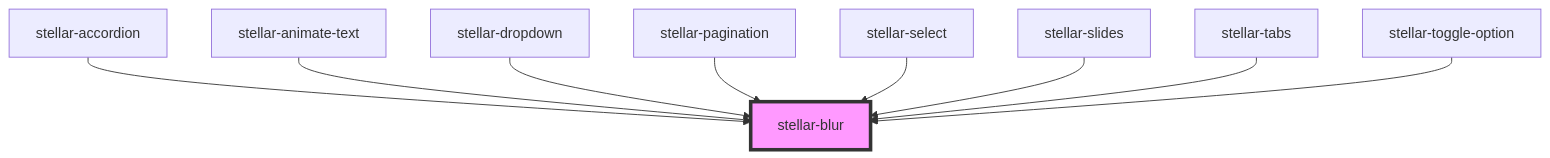
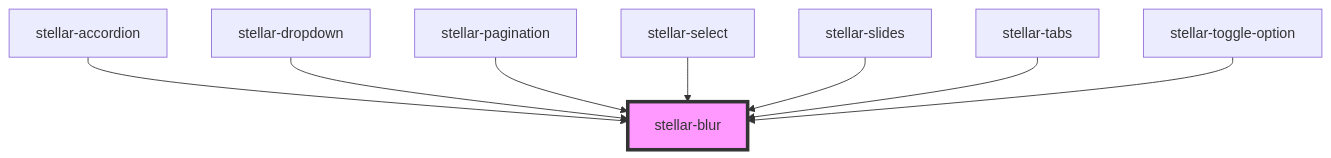
The diagram in src/components/motion/blur/readme.md (splitinfinities/Stellar), drawn with Mermaid before and after one commit. The commit also changed other lines of this file and 9 other files, not shown here.

Commit message:
feat: adding animate text component

````diff
--- a/src/components/motion/blur/readme.md
+++ b/src/components/motion/blur/readme.md
@@ -70,12 +69,11 @@
 ```mermaid
 graph TD;
   stellar-accordion --> stellar-blur
-  stellar-animate-text --> stellar-blur
   stellar-dropdown --> stellar-blur
   stellar-pagination --> stellar-blur
   stellar-select --> stellar-blur
   stellar-slides --> stellar-blur
   stellar-tabs --> stellar-blur
   stellar-toggle-option --> stellar-blur
   style stellar-blur fill:#f9f,stroke:#333,stroke-width:4px
 ```
````
